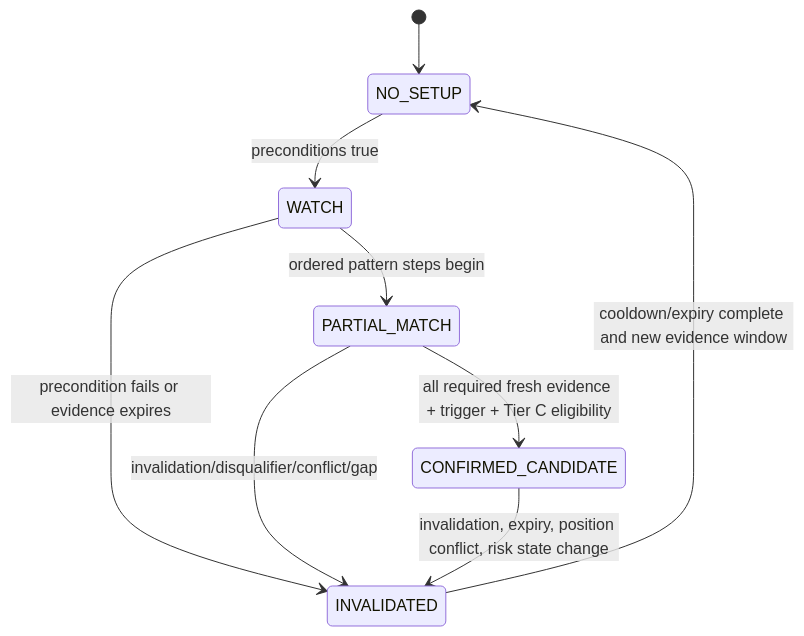
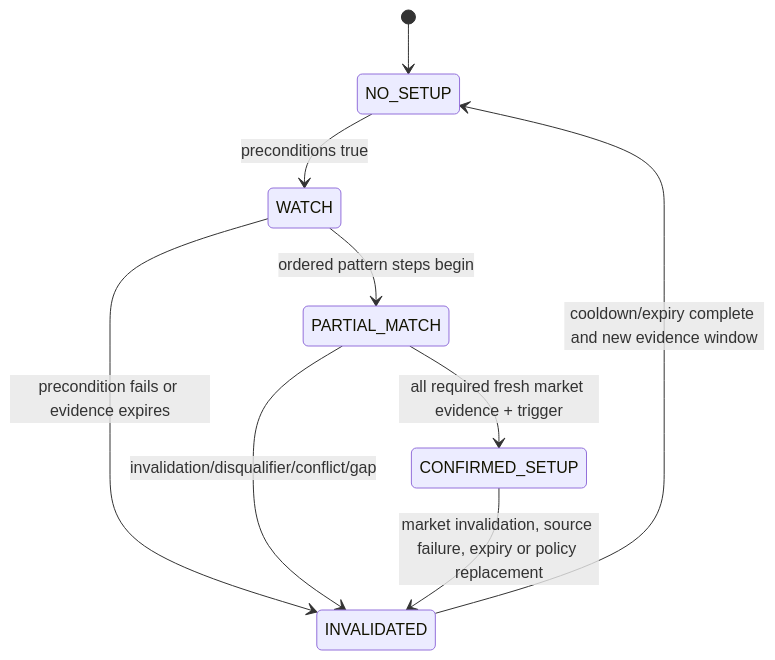
One commit to Fejjii/AlphaTrade-AI changed the fourth of 6 diagrams in docs/redesign/agentic_redesign_target_architecture.md. Above: the diagram before and after it, drawn with Mermaid. The commit also changed other lines of this file and 1 other file, not shown here.

Commit message:
docs: resolve agentic architecture review

````diff
--- a/docs/redesign/agentic_redesign_target_architecture.md
+++ b/docs/redesign/agentic_redesign_target_architecture.md
@@ -375,11 +505,11 @@
 ```mermaid
 stateDiagram-v2
     [*] --> NO_SETUP
     NO_SETUP --> WATCH: preconditions true
     WATCH --> PARTIAL_MATCH: ordered pattern steps begin
-    PARTIAL_MATCH --> CONFIRMED_CANDIDATE: all required fresh evidence + trigger + Tier C eligibility
+    PARTIAL_MATCH --> CONFIRMED_SETUP: all required fresh market evidence + trigger
     WATCH --> INVALIDATED: precondition fails or evidence expires
     PARTIAL_MATCH --> INVALIDATED: invalidation/disqualifier/conflict/gap
-    CONFIRMED_CANDIDATE --> INVALIDATED: invalidation, expiry, position conflict, risk state change
+    CONFIRMED_SETUP --> INVALIDATED: market invalidation, source failure, expiry or policy replacement
     INVALIDATED --> NO_SETUP: cooldown/expiry complete and new evidence window
 ```
````
